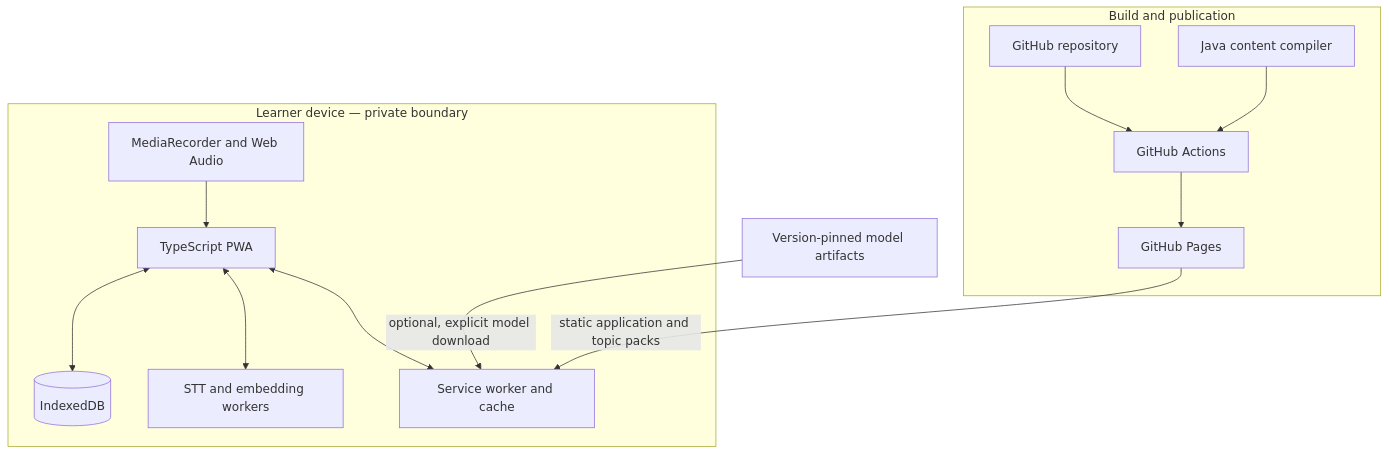
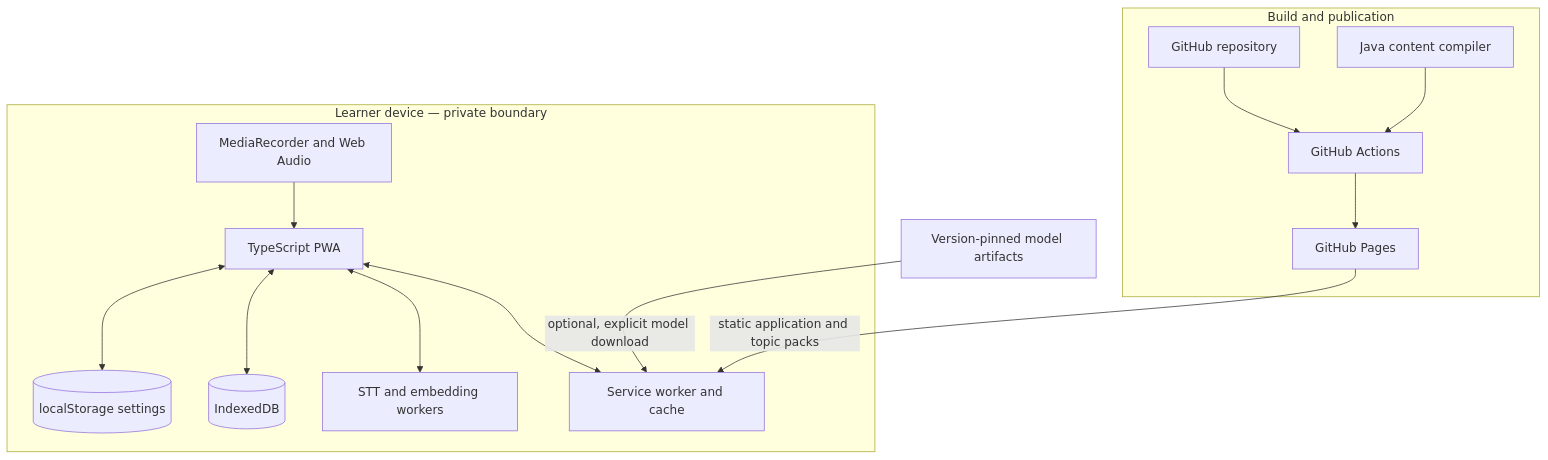
One commit to utkarsh-senpai/MediPrompt changed the first of 3 diagrams in docs/L2_CONTAINER_ARCHITECTURE.md. Above: the diagram before and after it, drawn with Mermaid. The commit also changed other lines of this file and 3 other files, not shown here.

````diff
--- a/docs/L2_CONTAINER_ARCHITECTURE.md
+++ b/docs/L2_CONTAINER_ARCHITECTURE.md
@@ -27,28 +27,30 @@
 ```mermaid
 flowchart TB
     subgraph Build[Build and publication]
         Repo[GitHub repository]
         CI[GitHub Actions]
         Compiler[Java content compiler]
         Pages[GitHub Pages]
         Repo --> CI
         Compiler --> CI
         CI --> Pages
     end
 
     subgraph Device[Learner device — private boundary]
         PWA[TypeScript PWA]
         SW[Service worker and cache]
         Workers[STT and embedding workers]
         DB[(IndexedDB)]
+        Settings[(localStorage settings)]
         Audio[MediaRecorder and Web Audio]
         PWA <--> SW
         PWA <--> Workers
         PWA <--> DB
+        PWA <--> Settings
         Audio --> PWA
     end
 
     Models[Version-pinned model artifacts]
     Pages -->|static application and topic packs| SW
     Models -->|optional, explicit model download| SW
 ```
````
